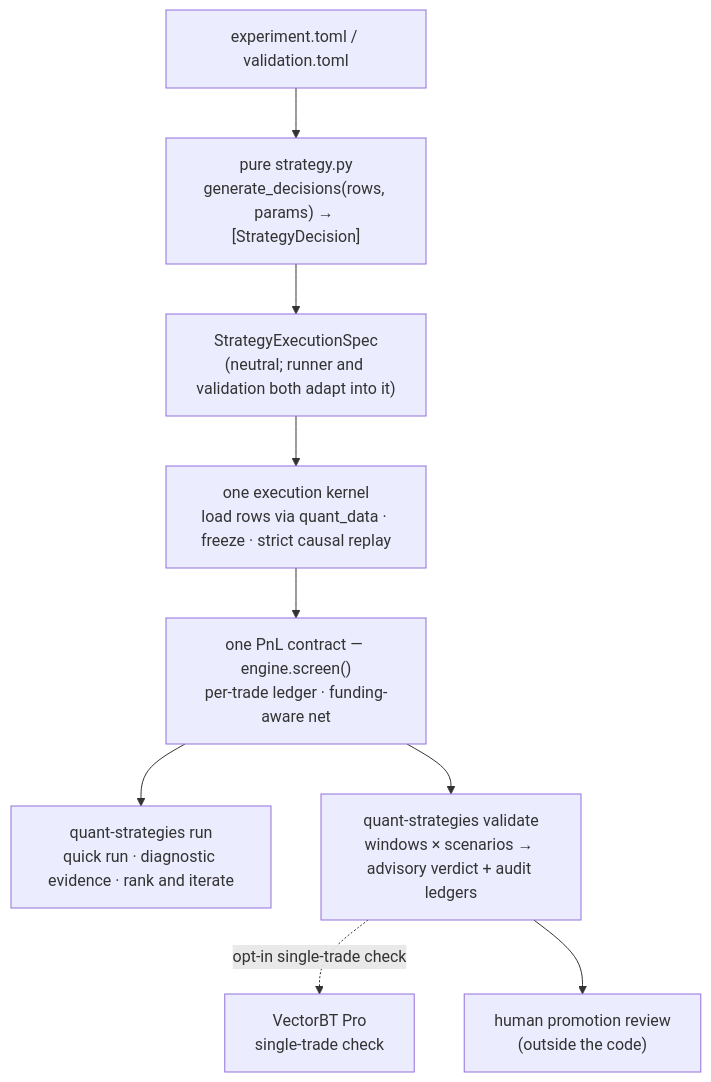
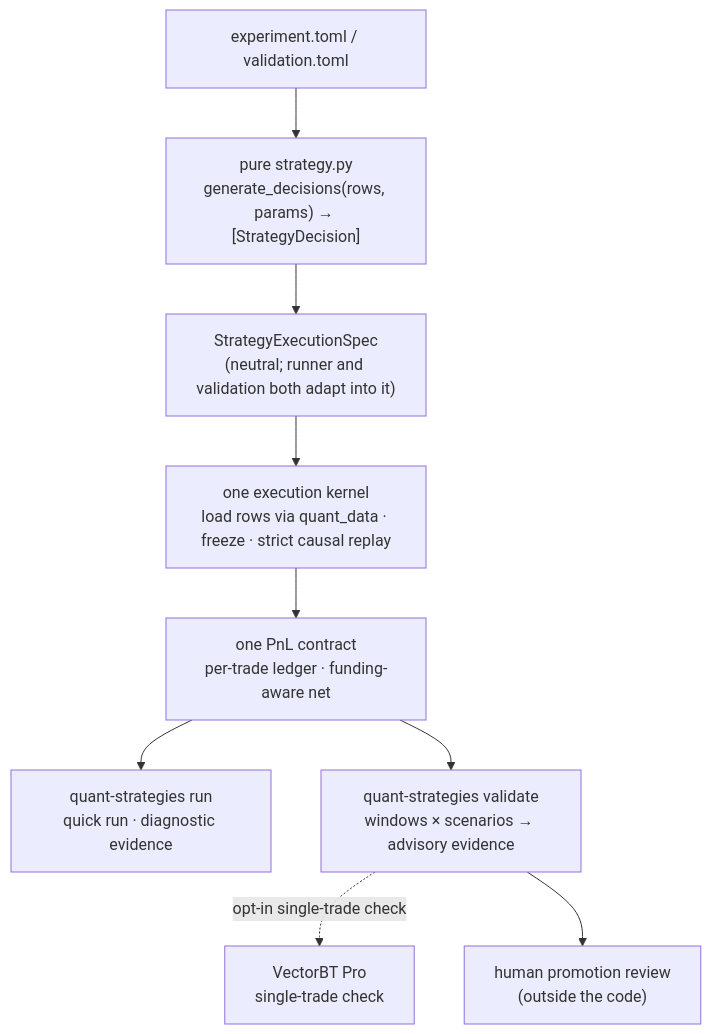
Before and after one commit to xxSeasonxx/quant_strategies: the diagram in README.md, drawn with Mermaid. The commit also changed other lines of this file and 7 other files, not shown here.

````diff
--- a/README.md
+++ b/README.md
@@ -12,12 +29,12 @@
 ```mermaid
 flowchart TD
     cfg["experiment.toml / validation.toml"] --> strat
     strat["pure strategy.py<br/>generate_decisions(rows, params) → [StrategyDecision]"] --> spec
     spec["StrategyExecutionSpec<br/>(neutral; runner and validation both adapt into it)"] --> kernel
     kernel["one execution kernel<br/>load rows via quant_data · freeze · strict causal replay"] --> pnl
-    pnl["one PnL contract — engine.screen()<br/>per-trade ledger · funding-aware net"]
-    pnl --> quick["quant-strategies run<br/>quick run · diagnostic evidence · rank and iterate"]
-    pnl --> valid["quant-strategies validate<br/>windows × scenarios → advisory verdict + audit ledgers"]
+    pnl["one PnL contract<br/>per-trade ledger · funding-aware net"]
+    pnl --> quick["quant-strategies run<br/>quick run · diagnostic evidence"]
+    pnl --> valid["quant-strategies validate<br/>windows × scenarios → advisory evidence"]
     valid -. "opt-in single-trade check" .-> oracle["VectorBT Pro<br/>single-trade check"]
     valid --> human["human promotion review<br/>(outside the code)"]
 ```
````
